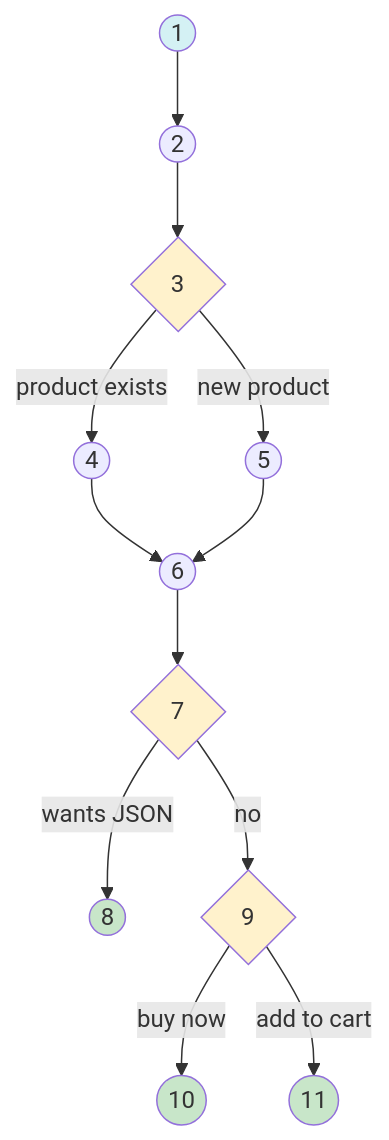
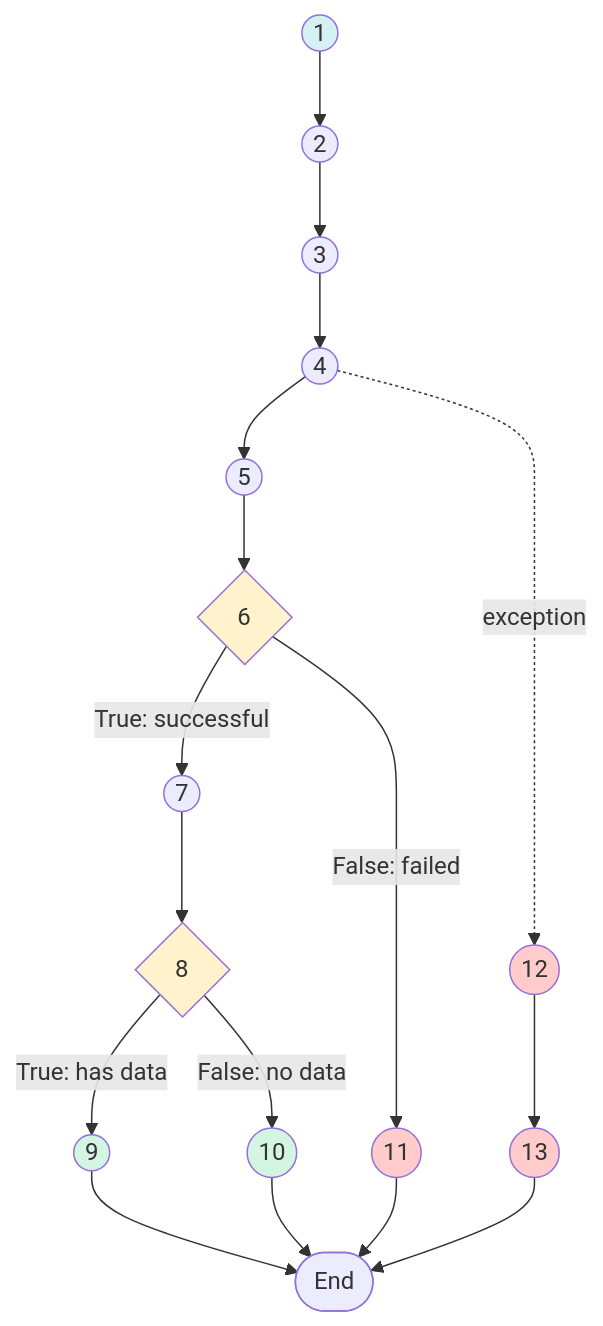
Before and after one commit to mustarisyahding07-spec/WEBSITE_SKRIPSI_MUSTARI: the second of 2 diagrams in docs/WHITE_BOX_TESTING.md, drawn with Mermaid. The commit also changed other lines of this file and 7 other files, not shown here.

````diff
--- a/docs/WHITE_BOX_TESTING.md
+++ b/docs/WHITE_BOX_TESTING.md
@@ -209,18 +264,26 @@
 ```mermaid
 graph TD
     1((1)):::start --> 2((2))
-    2 --> 3{3}:::decision
-    3 -->|"product exists"| 4((4))
-    3 -->|"new product"| 5((5))
-    4 --> 6((6))
-    5 --> 6
-    6 --> 7{7}:::decision
-    7 -->|"wants JSON"| 8((8)):::endnode
-    7 -->|"no"| 9{9}:::decision
-    9 -->|"buy now"| 10((10)):::endnode
-    9 -->|"add to cart"| 11((11)):::endnode
+    2 --> 3((3))
+    3 --> 4((4))
+    4 --> 5((5))
+    5 --> 6{6}:::decision
+    6 -->|True: successful| 7((7))
+    7 --> 8{8}:::decision
+    8 -->|True: has data| 9((9)):::endnode
+    8 -->|False: no data| 10((10)):::endnode
+    6 -->|False: failed| 11((11)):::error
+    
+    4 -.->|exception| 12((12)):::error
+    12 --> 13((13)):::error
+    
+    9 --> End([End])
+    10 --> End
+    11 --> End
+    13 --> End
     
     classDef start fill:#d4f1f4
     classDef decision fill:#fff2cc
-    classDef endnode fill:#c8e6c9
+    classDef error fill:#ffcccb
+    classDef endnode fill:#d5f5e3
 ```
````
